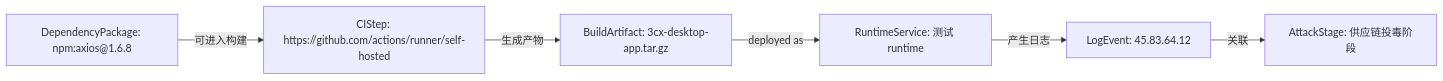
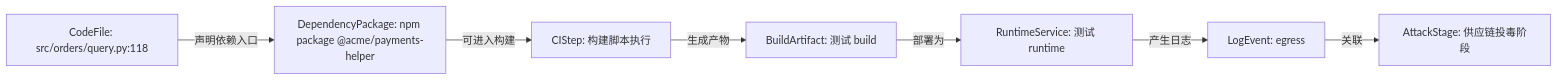
One commit to HEIBAI198/Security changed the third of 5 diagrams in storage/workspaces/ws_20260625_151609_10bf1b74/report.md. Above: the diagram before and after it, drawn with Mermaid. The commit also changed other lines of this file and 101 other files, not shown here.

````diff
--- a/storage/workspaces/ws_20260625_151609_10bf1b74/report.md
+++ b/storage/workspaces/ws_20260625_151609_10bf1b74/report.md
@@ -32,14 +167,16 @@
 ```mermaid
 flowchart LR
-  N1["DependencyPackage: npm:axios@1.6.8"]
-  N2["CIStep: https://github.com/actions/runner/self-hosted"]
-  N3["BuildArtifact: 3cx-desktop-app.tar.gz"]
-  N4["RuntimeService: 测试 runtime"]
-  N5["LogEvent: 45.83.64.12"]
-  N6["AttackStage: 供应链投毒阶段"]
-  N1 -->|可进入构建| N2
-  N2 -->|生成产物| N3
-  N3 -->|deployed as| N4
-  N4 -->|产生日志| N5
-  N5 -->|关联| N6
+  N1["CodeFile: src/orders/query.py:118"]
+  N2["DependencyPackage: npm package @acme/payments-helper"]
+  N3["CIStep: 构建脚本执行"]
+  N4["BuildArtifact: 测试 build"]
+  N5["RuntimeService: 测试 runtime"]
+  N6["LogEvent: egress"]
+  N7["AttackStage: 供应链投毒阶段"]
+  N1 -->|声明依赖入口| N2
+  N2 -->|可进入构建| N3
+  N3 -->|生成产物| N4
+  N4 -->|部署为| N5
+  N5 -->|产生日志| N6
+  N6 -->|关联| N7
 ```
````
